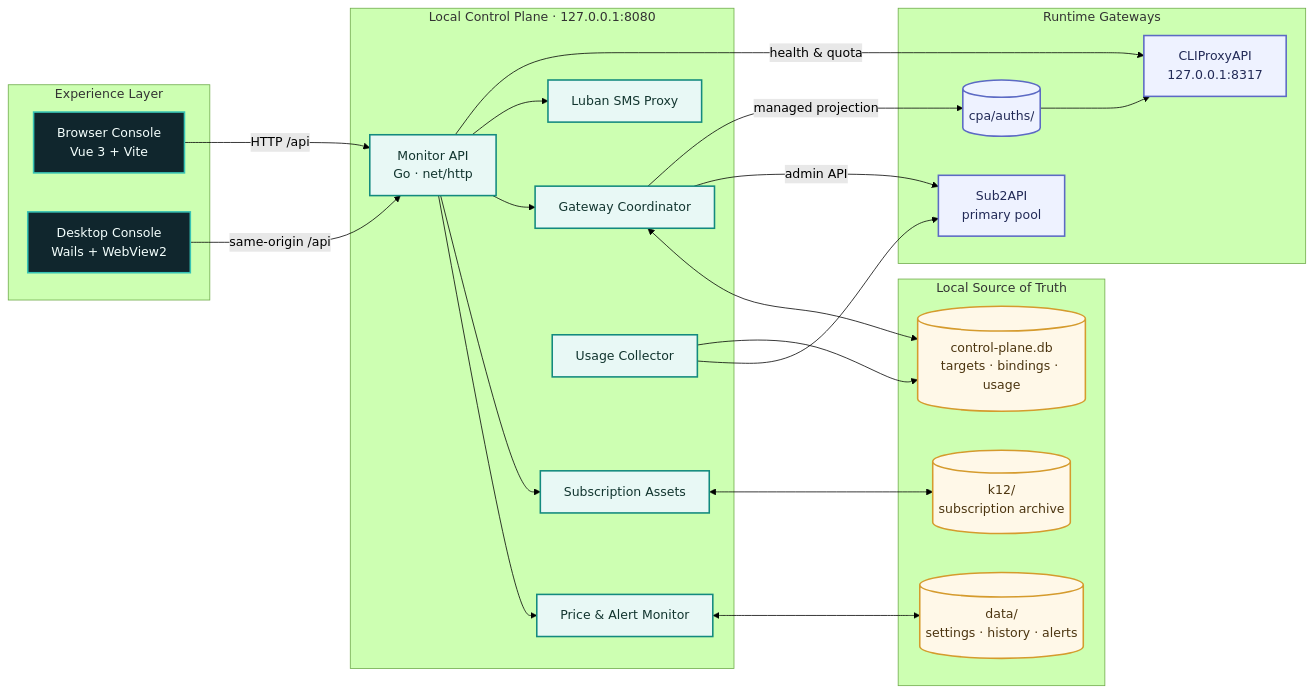
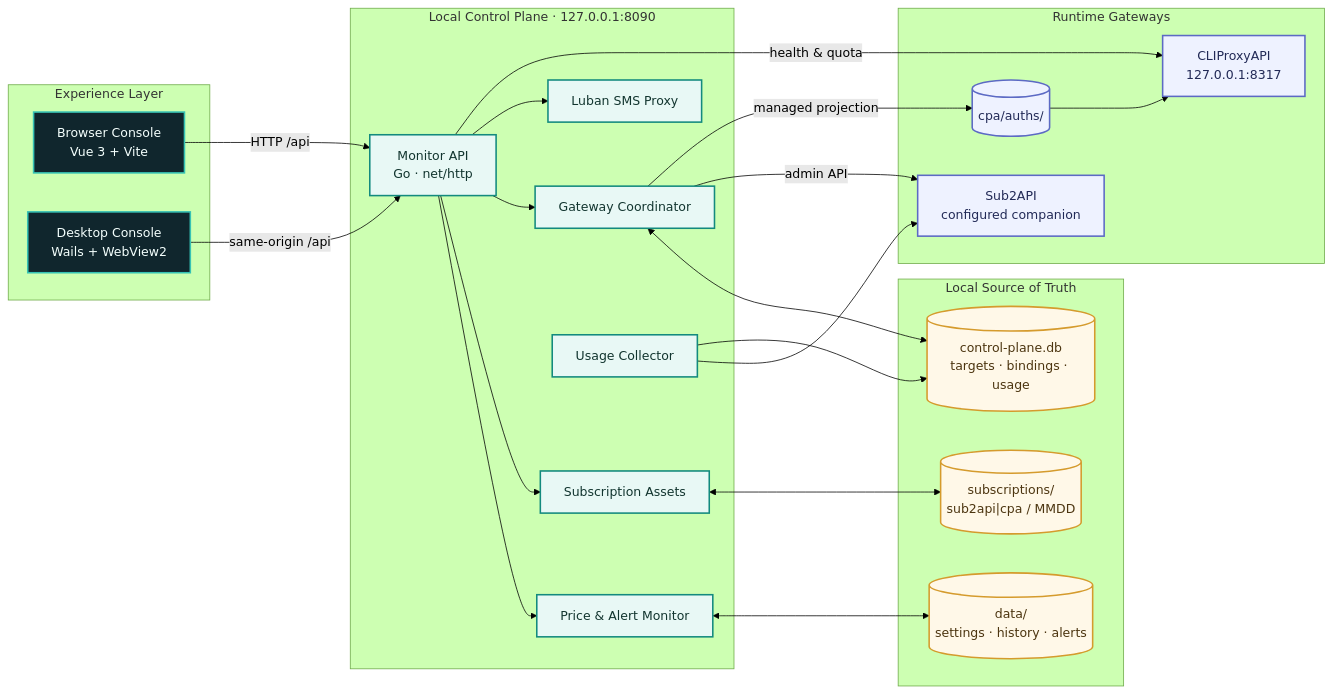
Before and after one commit to 2921323707/CPA_Orbit: the diagram in README.md, drawn with Mermaid (forest theme). The commit also changed other lines of this file and 68 other files, not shown here.

````diff
--- a/README.md
+++ b/README.md
@@ -59,49 +59,49 @@
 ```mermaid
 flowchart LR
   subgraph UX["Experience Layer"]
     WEB["Browser Console<br/>Vue 3 + Vite"]
     APP["Desktop Console<br/>Wails + WebView2"]
   end
 
-  subgraph CORE["Local Control Plane · 127.0.0.1:8080"]
+  subgraph CORE["Local Control Plane · 127.0.0.1:8090"]
     API["Monitor API<br/>Go · net/http"]
     MON["Price & Alert Monitor"]
 		SUB["Subscription Assets"]
 		ROUTE["Gateway Coordinator"]
 		OBS["Usage Collector"]
     SMS["Luban SMS Proxy"]
   end
 
   subgraph STATE["Local Source of Truth"]
     DATA[("data/<br/>settings · history · alerts")]
-		ARCH[("k12/<br/>subscription archive")]
+		ARCH[("subscriptions/<br/>sub2api|cpa / MMDD")]
 		DB[("control-plane.db<br/>targets · bindings · usage")]
   end
 
 	 subgraph RUNTIME["Runtime Gateways"]
-    SUB2["Sub2API<br/>primary pool"]
+    SUB2["Sub2API<br/>configured companion"]
     CPA["CLIProxyAPI<br/>127.0.0.1:8317"]
     AUTH[("cpa/auths/")]
   end
 
   WEB -->|"HTTP /api"| API
   APP -->|"same-origin /api"| API
 	API --> MON & SUB & ROUTE & SMS
   MON <--> DATA
   SUB <--> ARCH
 	ROUTE <--> DB
 	ROUTE -->|"admin API"| SUB2
 	ROUTE -->|"managed projection"| AUTH
 	OBS --> SUB2 & DB
   AUTH --> CPA
   API -->|"health & quota"| CPA
 
   classDef client fill:#10262d,stroke:#36c2b4,color:#f4fffd,stroke-width:2px;
   classDef service fill:#e8f8f5,stroke:#138a7e,color:#12352f,stroke-width:2px;
   classDef store fill:#fff8e8,stroke:#d59b2d,color:#4c3510,stroke-width:2px;
   classDef runtime fill:#eef2ff,stroke:#5c6ac4,color:#222a57,stroke-width:2px;
   class WEB,APP client;
 	class API,MON,SUB,ROUTE,OBS,SMS service;
 	class DATA,ARCH,DB store;
 	class SUB2,CPA,AUTH runtime;
 ```
````
